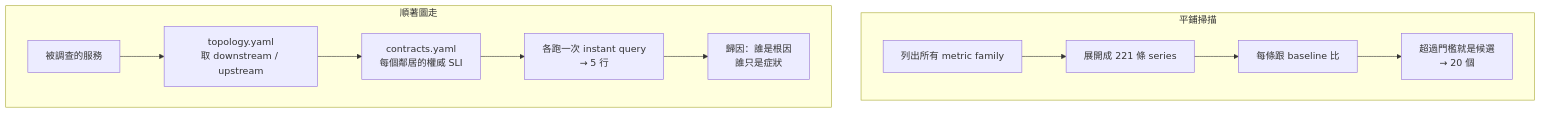
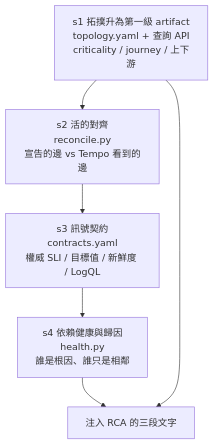
The first of 2 diagrams in weaver-demo/ironman-2026/day19.md (tedmax100/o11y-bench), drawn with Mermaid before and after one commit. The commit also changed other lines of this file and 29 other files, not shown here.

````diff
--- a/weaver-demo/ironman-2026/day19.md
+++ b/weaver-demo/ironman-2026/day19.md
@@ -61,14 +22,10 @@
 ```mermaid
 flowchart TB
-    subgraph FLAT["平鋪掃描"]
-        A1["列出所有 metric family"] --> A2["展開成 221 條 series"]
-        A2 --> A3["每條跟 baseline 比"]
-        A3 --> A4["超過門檻就是候選<br/>→ 20 個"]
-    end
-    subgraph WALK["順著圖走"]
-        B1["被調查的服務"] --> B2["topology.yaml<br/>取 downstream / upstream"]
-        B2 --> B3["contracts.yaml<br/>每個鄰居的權威 SLI"]
-        B3 --> B4["各跑一次 instant query<br/>→ 5 行"]
-        B4 --> B5["歸因：誰是根因<br/>誰只是症狀"]
-    end
+    S1["s1 拓撲升為第一級 artifact<br/>topology.yaml + 查詢 API<br/>criticality / journey / 上下游"]
+    S2["s2 活的對齊<br/>reconcile.py<br/>宣告的邊 vs Tempo 看到的邊"]
+    S3["s3 訊號契約<br/>contracts.yaml<br/>權威 SLI / 目標值 / 新鮮度 / LogQL"]
+    S4["s4 依賴健康與歸因<br/>health.py<br/>誰是根因、誰只是相鄰"]
+    S1 --> S2 --> S3 --> S4
+    S4 --> OUT["注入 RCA 的三段文字"]
+    S1 --> OUT
 ```
````
